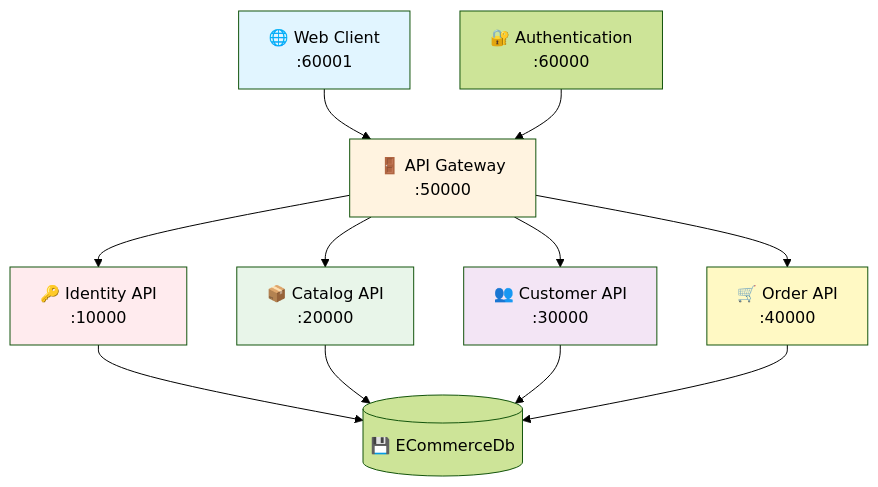
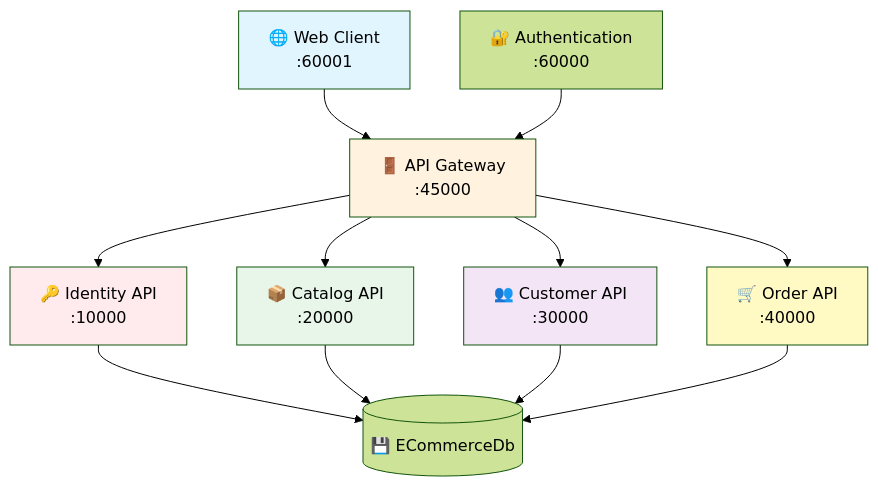
The third of 6 diagrams in DOCUMENTATION_INDEX.md (MiltonMolloja/ECommerceMicroserviceArchitecture), drawn with Mermaid (forest theme) before and after one commit. The commit also changed 6 other files, not shown here.

Commit message:
UpDate API Gateway

````diff
--- a/DOCUMENTATION_INDEX.md
+++ b/DOCUMENTATION_INDEX.md
@@ -90,32 +90,32 @@
 ```mermaid
 graph TB
     Client[🌐 Web Client<br/>:60001]
     Auth[🔐 Authentication<br/>:60000]
-    Gateway[🚪 API Gateway<br/>:50000]
+    Gateway[🚪 API Gateway<br/>:45000]
     
     Identity[🔑 Identity API<br/>:10000]
     Catalog[📦 Catalog API<br/>:20000]
     Customer[👥 Customer API<br/>:30000]
     Order[🛒 Order API<br/>:40000]
     
     DB[(💾 ECommerceDb)]
     
     Client --> Gateway
     Auth --> Gateway
     Gateway --> Identity
     Gateway --> Catalog
     Gateway --> Customer
     Gateway --> Order
     
     Identity --> DB
     Catalog --> DB
     Customer --> DB
     Order --> DB
     
     style Client fill:#e1f5ff
     style Gateway fill:#fff3e0
     style Identity fill:#ffebee
     style Catalog fill:#e8f5e9
     style Customer fill:#f3e5f5
     style Order fill:#fff9c4
 ```
````
